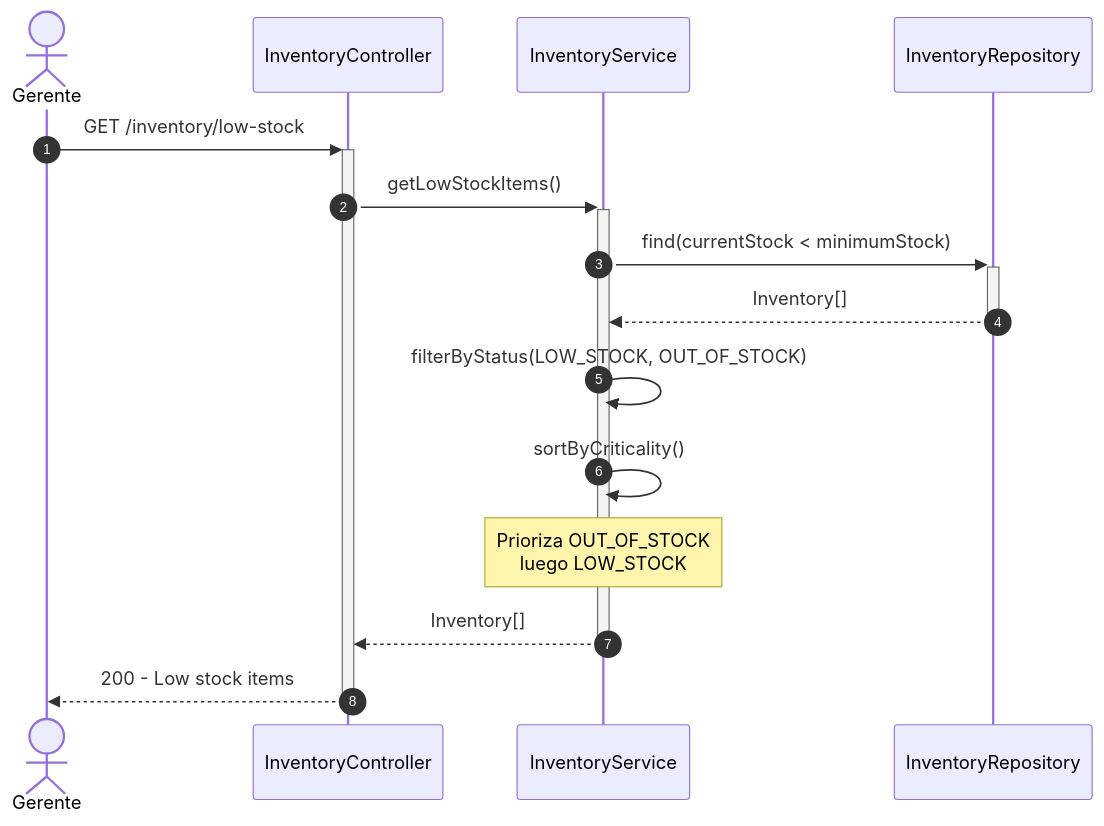
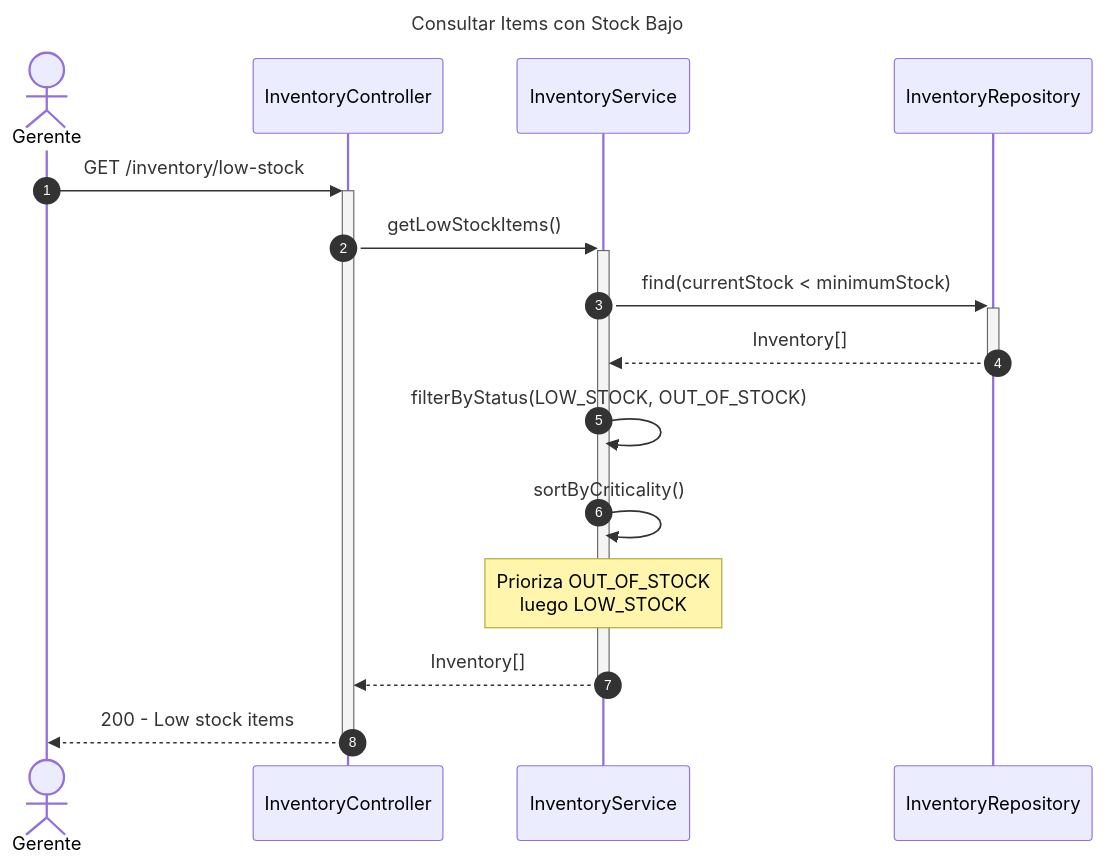
Before and after one commit to Nick220505/hotelier-backend: the fourth of 8 diagrams in diagrams/sequence/inventory-sequence-diagram.md, drawn with Mermaid. The commit also changed other lines of this file and 5 other files, not shown here.

Commit message:
Add titles to sequence diagrams for Billing, Employees, Inventory, Reservations, Restaurant, and Users modules

````diff
--- a/diagrams/sequence/inventory-sequence-diagram.md
+++ b/diagrams/sequence/inventory-sequence-diagram.md
@@ -138,21 +147,24 @@
 ```mermaid
+---
+title: Consultar Items con Stock Bajo
+---
 sequenceDiagram
     autonumber
     actor Gerente
     participant Controller as InventoryController
     participant Service as InventoryService
     participant InventoryRepo as InventoryRepository
 
     Gerente->>+Controller: GET /inventory/low-stock
     Controller->>+Service: getLowStockItems()
     
     Service->>+InventoryRepo: find(currentStock < minimumStock)
     InventoryRepo-->>-Service: Inventory[]
     
     Service->>Service: filterByStatus(LOW_STOCK, OUT_OF_STOCK)
     Service->>Service: sortByCriticality()
     Note over Service: Prioriza OUT_OF_STOCK<br/>luego LOW_STOCK
     
     Service-->>-Controller: Inventory[]
     Controller-->>-Gerente: 200 - Low stock items
 ```
````
